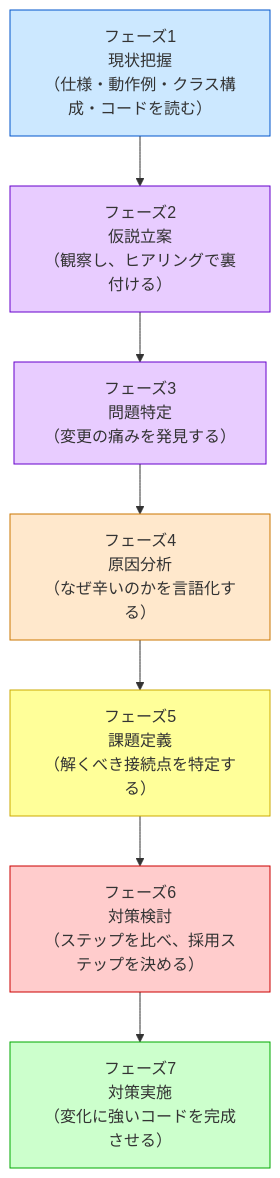
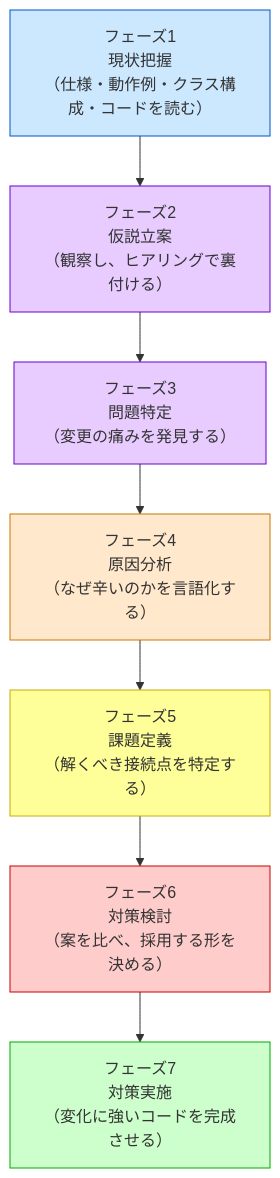
One commit to kumachan1101-pixel/DesignPattern changed the diagram in kindle/design-patterns/output/chapter00_2.md. Above: the diagram before and after it, drawn with Mermaid. The commit also changed other lines of this file and 14 other files, not shown here.

````diff
--- a/kindle/design-patterns/output/chapter00_2.md
+++ b/kindle/design-patterns/output/chapter00_2.md
@@ -61,20 +61,20 @@
 ```mermaid
 graph TD
     F1["フェーズ1<br>現状把握<br>（仕様・動作例・クラス構成・コードを読む）"]
     F2["フェーズ2<br>仮説立案<br>（観察し、ヒアリングで裏付ける）"]
     F3["フェーズ3<br>問題特定<br>（変更の痛みを発見する）"]
     F4["フェーズ4<br>原因分析<br>（なぜ辛いのかを言語化する）"]
     F5["フェーズ5<br>課題定義<br>（解くべき接続点を特定する）"]
-    F6["フェーズ6<br>対策検討<br>（ステップを比べ、採用ステップを決める）"]
+    F6["フェーズ6<br>対策検討<br>（案を比べ、採用する形を決める）"]
     F7["フェーズ7<br>対策実施<br>（変化に強いコードを完成させる）"]
 
     F1 --> F2 --> F3 --> F4 --> F5 --> F6 --> F7
 
     style F1 fill:#cce8ff,stroke:#0055cc
     style F2 fill:#e8ccff,stroke:#6600cc
     style F3 fill:#e8ccff,stroke:#6600cc
     style F4 fill:#ffe8cc,stroke:#cc7700
     style F5 fill:#ffff99,stroke:#ccaa00
     style F6 fill:#ffcccc,stroke:#cc0000
     style F7 fill:#ccffcc,stroke:#00aa00
 ```
````
